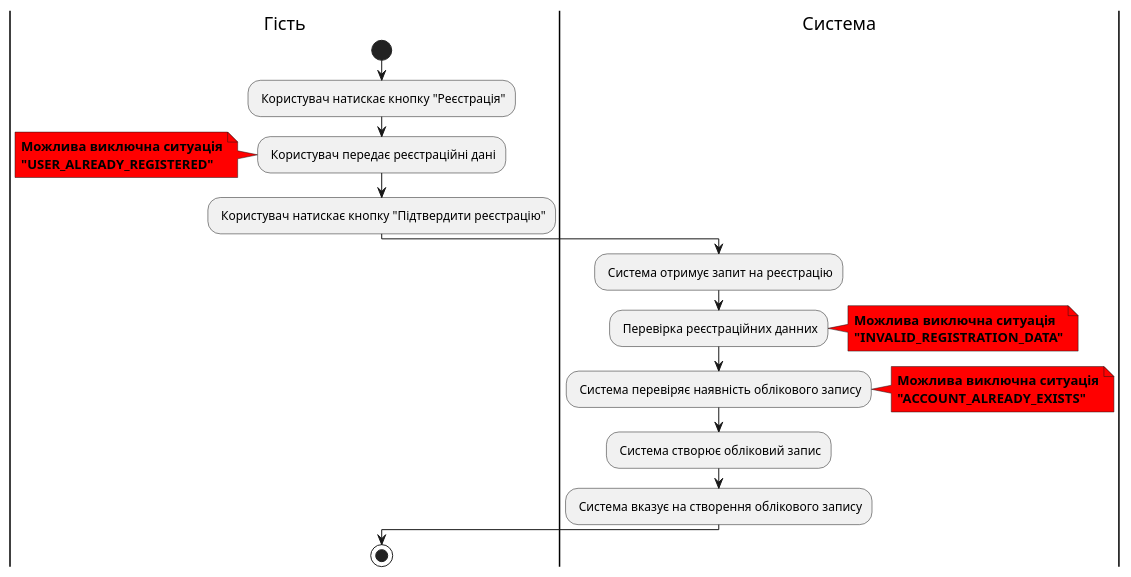
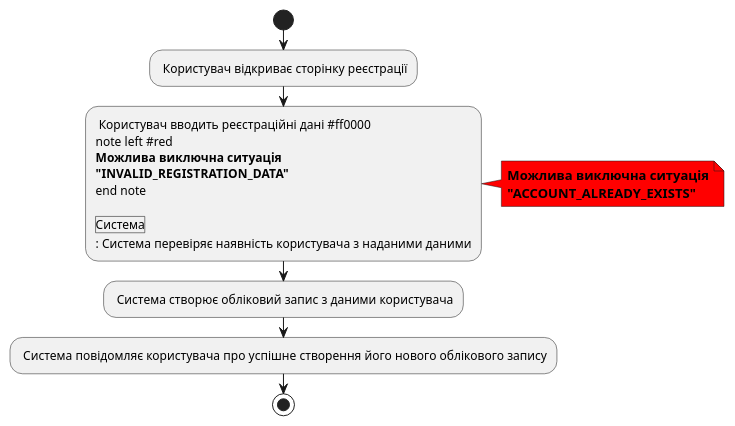
Before and after one commit to zhkcll/lab6: the fifth of 6 diagrams in docs/use_cases.md, drawn with PlantUML. The commit also changed other lines of this file, not shown here.

Commit message:
Corrected mistakes

````diff
--- a/docs/use_cases.md
+++ b/docs/use_cases.md
@@ -135,35 +135,26 @@
 ```plantuml
 @startuml
 
 |Гість|
 start
-: Користувач натискає кнопку "Реєстрація";
-: Користувач передає реєстраційні дані;
-
+: Користувач відкриває сторінку реєстрації;
+: Користувач вводить реєстраційні дані #ff0000
 note left #red
-<b>Можлива виключна ситуація</b>
-<b>"USER_ALREADY_REGISTERED"</b>
-end note
-
-: Користувач натискає кнопку "Підтвердити реєстрацію";
-
-|Система|
-: Система отримує запит на реєстрацію;
-: Перевірка реєстраційних данних;
-note right #ff0000
 <b>Можлива виключна ситуація</b>
 <b>"INVALID_REGISTRATION_DATA"</b>
 end note
-: Система перевіряє наявність облікового запису;
+
+|Система|
+: Система перевіряє наявність користувача з наданими даними;
 note right #ff0000
 <b>Можлива виключна ситуація</b>
 <b>"ACCOUNT_ALREADY_EXISTS"</b>
 end note
-: Система створює обліковий запис;
-: Система вказує на створення облікового запису;
+: Система створює обліковий запис з даними користувача;
+: Система повідомляє користувача про успішне створення його нового облікового запису;
 
 |Гість|
 stop
 
 @enduml
 ```
````
